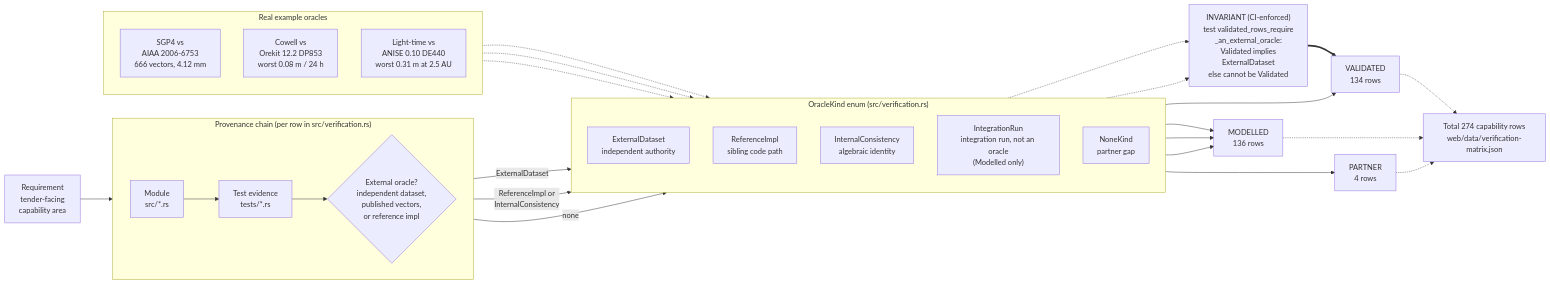
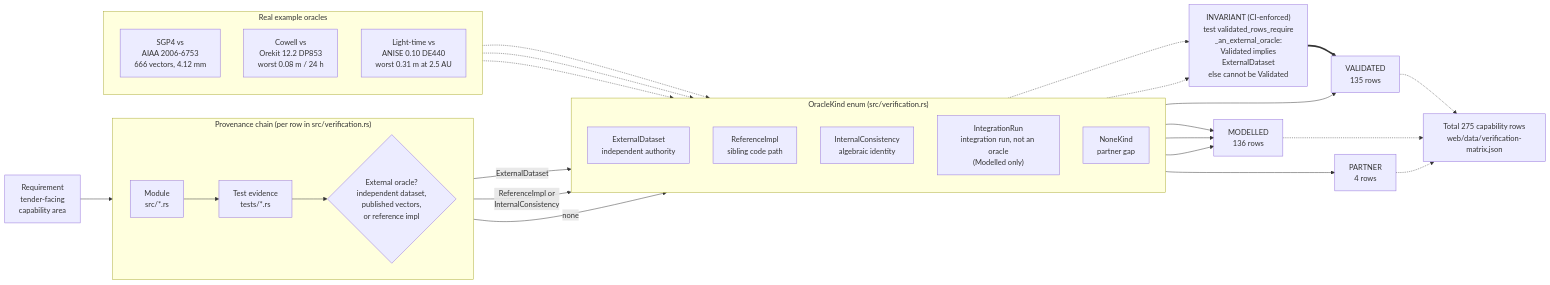
The diagram in docs/diagrams/validation-provenance.mmd (ashfordeOU/kshana), drawn with Mermaid before and after one commit. The commit also changed 13 other files, not shown here.

Commit message:
docs: regenerate the ledger, README counts, validation figures and provenance diagram for the SP3 clock row (275 rows: 135 VALIDATED / 136 MODELLED / 4 PARTNER)

```diff
--- a/docs/diagrams/validation-provenance.mmd
+++ b/docs/diagrams/validation-provenance.mmd
@@ -1,51 +1,51 @@
 flowchart LR
     REQ["Requirement<br/>tender-facing<br/>capability area"]
 
     subgraph CHAIN["Provenance chain (per row in src/verification.rs)"]
         direction LR
         MOD["Module<br/>src/*.rs"]
         TST["Test evidence<br/>tests/*.rs"]
         ORA{"External oracle?<br/>independent dataset,<br/>published vectors,<br/>or reference impl"}
     end
 
     REQ --> MOD --> TST --> ORA
 
     subgraph KINDS["OracleKind enum (src/verification.rs)"]
         direction TD
         EXT["ExternalDataset<br/>independent authority"]
         REF["ReferenceImpl<br/>sibling code path"]
         INT["InternalConsistency<br/>algebraic identity"]
         IRN["IntegrationRun<br/>integration run, not an oracle<br/>(Modelled only)"]
         NON["NoneKind<br/>partner gap"]
     end
 
     ORA -->|ExternalDataset| EXT
     ORA -->|"ReferenceImpl or<br/>InternalConsistency"| INT
     ORA -->|none| NON
 
     GUARD["INVARIANT (CI-enforced)<br/>test validated_rows_require<br/>_an_external_oracle:<br/>Validated implies<br/>ExternalDataset<br/>else cannot be Validated"]
     EXT -.-> GUARD
     INT -.-> GUARD
 
-    EXT --> VAL["VALIDATED<br/>134 rows"]
+    EXT --> VAL["VALIDATED<br/>135 rows"]
     REF --> MDL["MODELLED<br/>136 rows"]
     INT --> MDL
     IRN --> MDL
     NON --> PRT["PARTNER<br/>4 rows"]
     GUARD ==> VAL
 
     subgraph EX["Real example oracles"]
         direction TD
         E1["SGP4 vs<br/>AIAA 2006-6753<br/>666 vectors, 4.12 mm"]
         E2["Cowell vs<br/>Orekit 12.2 DP853<br/>worst 0.08 m / 24 h"]
         E3["Light-time vs<br/>ANISE 0.10 DE440<br/>worst 0.31 m at 2.5 AU"]
     end
 
     E1 -.-> EXT
     E2 -.-> EXT
     E3 -.-> EXT
 
-    TOTAL["Total 274 capability rows<br/>web/data/verification-matrix.json"]
+    TOTAL["Total 275 capability rows<br/>web/data/verification-matrix.json"]
     VAL -.-> TOTAL
     MDL -.-> TOTAL
     PRT -.-> TOTAL
```
